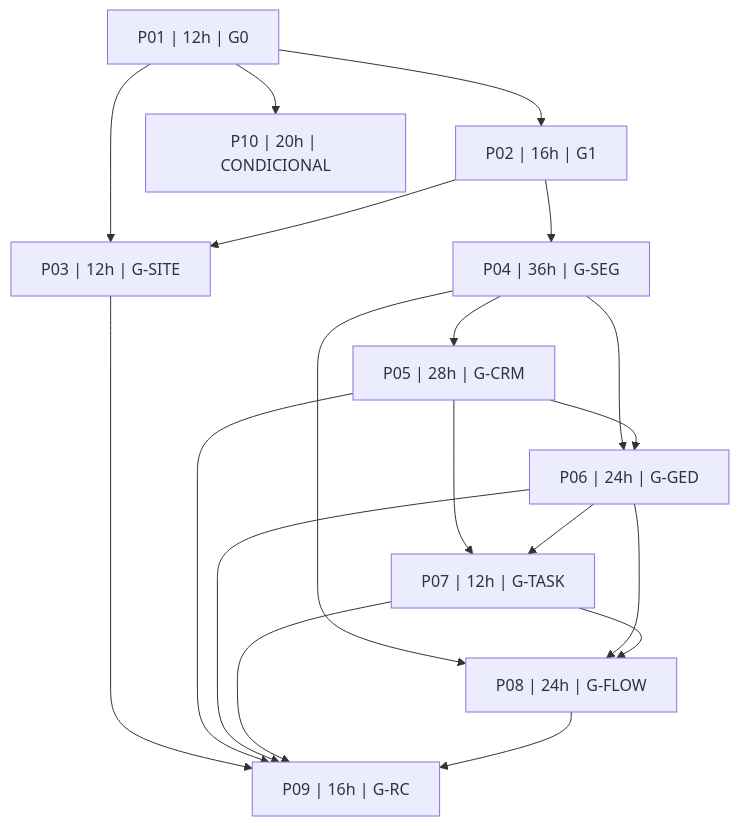
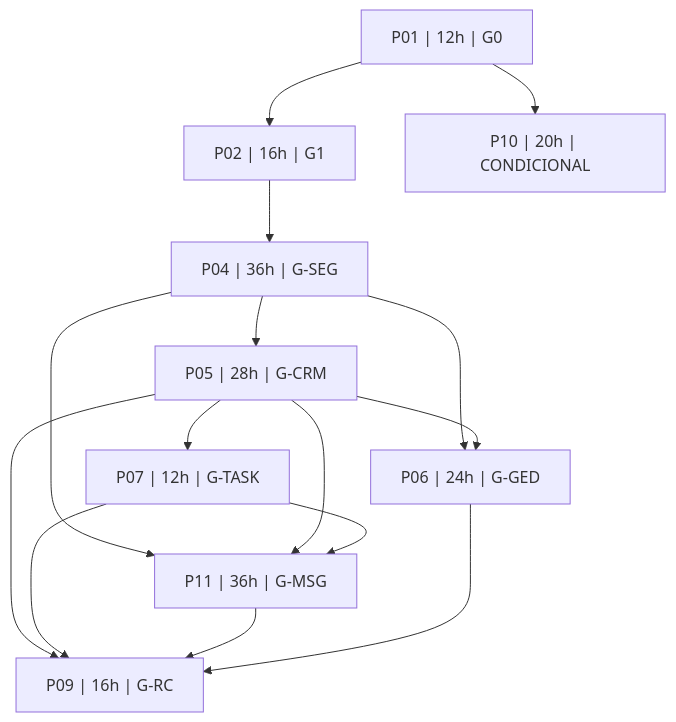
Before and after one commit to 98erickgarcia-maker/ebt-platform: the diagram in docs/execucao/DEPENDENCIAS.md, drawn with Mermaid. The commit also changed other lines of this file and 318 other files, not shown here.

````diff
--- a/docs/execucao/DEPENDENCIAS.md
+++ b/docs/execucao/DEPENDENCIAS.md
@@ -5,31 +5,26 @@
 ```mermaid
 flowchart TD
   P01["P01 | 12h | G0"]
   P02["P02 | 16h | G1"]
-  P03["P03 | 12h | G-SITE"]
   P04["P04 | 36h | G-SEG"]
   P05["P05 | 28h | G-CRM"]
+  P07["P07 | 12h | G-TASK"]
+  P11["P11 | 36h | G-MSG"]
   P06["P06 | 24h | G-GED"]
-  P07["P07 | 12h | G-TASK"]
-  P08["P08 | 24h | G-FLOW"]
   P09["P09 | 16h | G-RC"]
   P10["P10 | 20h | CONDICIONAL"]
   P01 --> P02
-  P01 --> P03
-  P02 --> P03
   P02 --> P04
   P04 --> P05
+  P05 --> P07
+  P04 --> P11
+  P05 --> P11
+  P07 --> P11
   P04 --> P06
   P05 --> P06
-  P05 --> P07
-  P06 --> P07
-  P04 --> P08
-  P06 --> P08
-  P07 --> P08
-  P03 --> P09
   P05 --> P09
+  P07 --> P09
+  P11 --> P09
   P06 --> P09
-  P07 --> P09
-  P08 --> P09
   P01 --> P10
 ```
````
